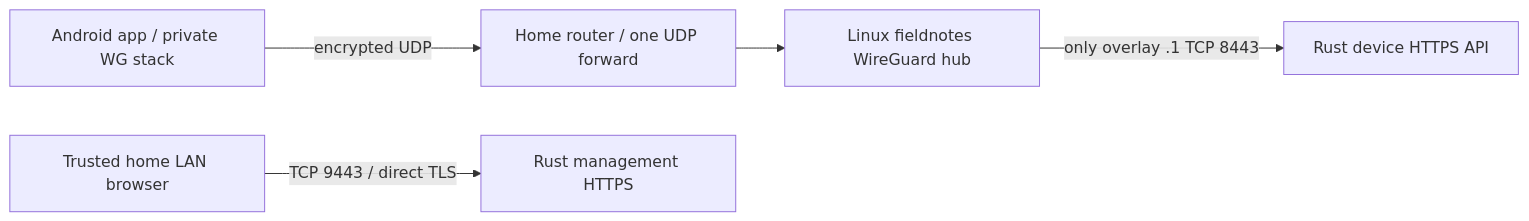
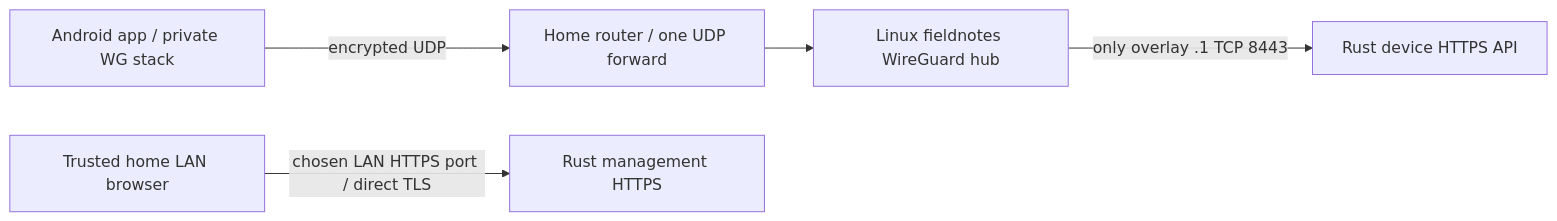
One commit to argentumseven/field-notes changed the diagram in docs/NETWORK.md. Above: the diagram before and after it, drawn with Mermaid. The commit also changed other lines of this file and 134 other files, not shown here.

````diff
--- a/docs/NETWORK.md
+++ b/docs/NETWORK.md
@@ -6,7 +6,7 @@
 ```mermaid
 flowchart LR
   A[Android app / private WG stack] -->|encrypted UDP| R[Home router / one UDP forward]
   R --> W[Linux fieldnotes WireGuard hub]
   W -->|only overlay .1 TCP 8443| D[Rust device HTTPS API]
-  L[Trusted home LAN browser] -->|TCP 9443 / direct TLS| M[Rust management HTTPS]
+  L[Trusted home LAN browser] -->|chosen LAN HTTPS port / direct TLS| M[Rust management HTTPS]
 ```
````
